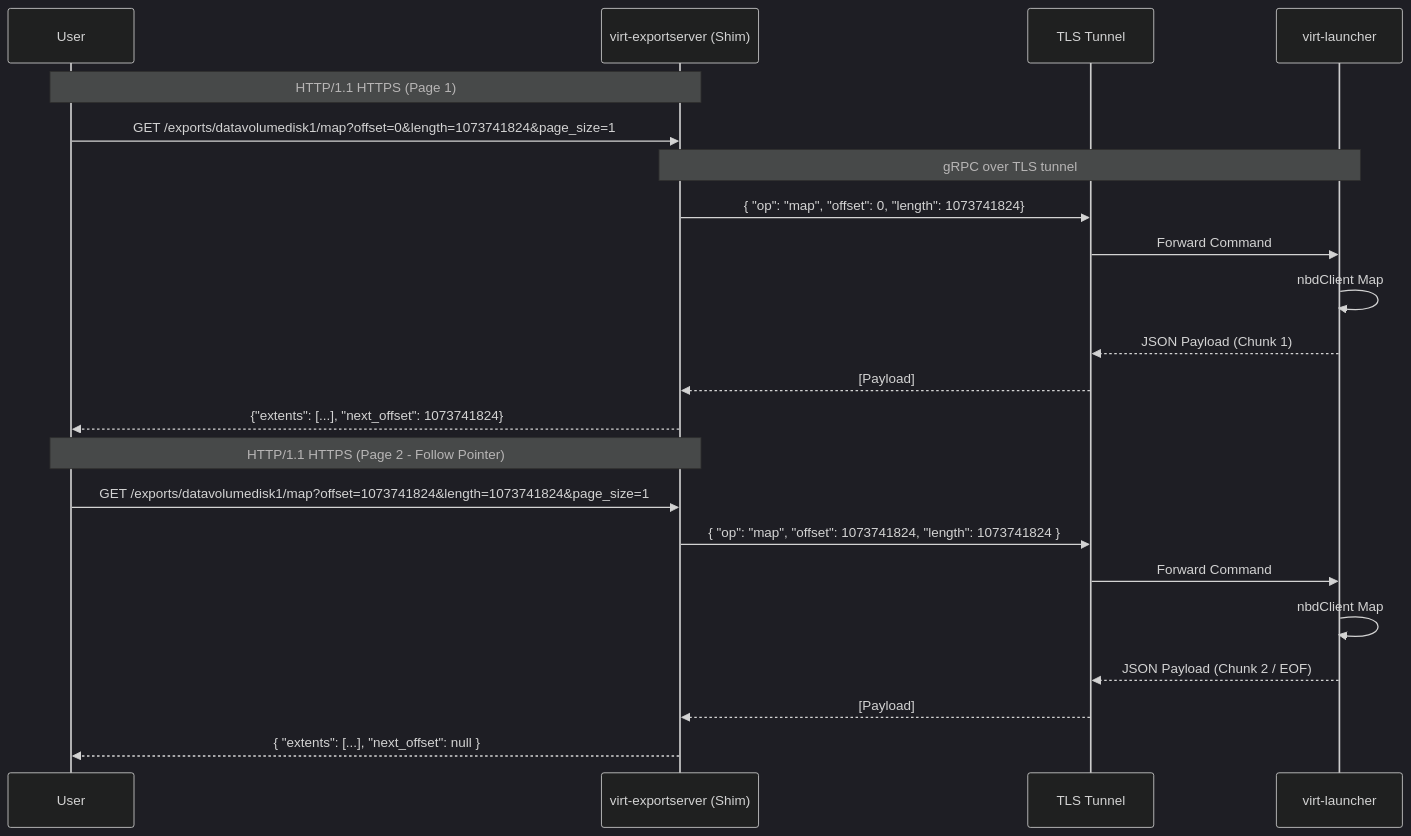
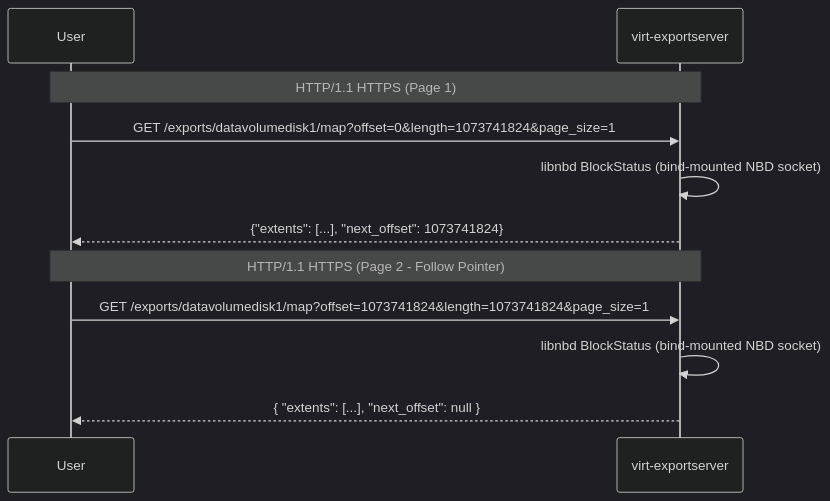
The second of 3 diagrams in veps/sig-storage/25-incremental-backup/vep.md (kubevirt/enhancements), drawn with Mermaid (dark theme) before and after one commit. The commit also changed other lines of this file, not shown here.

````diff
--- a/veps/sig-storage/25-incremental-backup/vep.md
+++ b/veps/sig-storage/25-incremental-backup/vep.md
@@ -406,32 +398,19 @@
 ```mermaid
 sequenceDiagram
     participant User
-    participant Server as virt-exportserver (Shim)
-    participant Tunnel as TLS Tunnel
-    participant Launcher as virt-launcher
+    participant Server as virt-exportserver
 
     Note over User, Server: HTTP/1.1 HTTPS (Page 1)
     User->>Server: GET /exports/datavolumedisk1/map?offset=0&length=1073741824&page_size=1
     
-    Note over Server, Launcher: gRPC over TLS tunnel
-    Server->>Tunnel: { "op": "map", "offset": 0, "length": 1073741824}
-    Tunnel->>Launcher: Forward Command
-    
-    Launcher->>Launcher: nbdClient Map
-    Launcher-->>Tunnel: JSON Payload (Chunk 1)
-    Tunnel-->>Server: [Payload]
+    Server->>Server: libnbd BlockStatus (bind-mounted NBD socket)
     
     Server-->>User: {"extents": [...], "next_offset": 1073741824}
 
     Note over User, Server: HTTP/1.1 HTTPS (Page 2 - Follow Pointer)
     User->>Server: GET /exports/datavolumedisk1/map?offset=1073741824&length=1073741824&page_size=1
     
-    Server->>Tunnel: { "op": "map", "offset": 1073741824, "length": 1073741824 }
-    Tunnel->>Launcher: Forward Command
-    
-    Launcher->>Launcher: nbdClient Map
-    Launcher-->>Tunnel: JSON Payload (Chunk 2 / EOF)
-    Tunnel-->>Server: [Payload]
+    Server->>Server: libnbd BlockStatus (bind-mounted NBD socket)
     
     Server-->>User: { "extents": [...], "next_offset": null }
  ```
````
